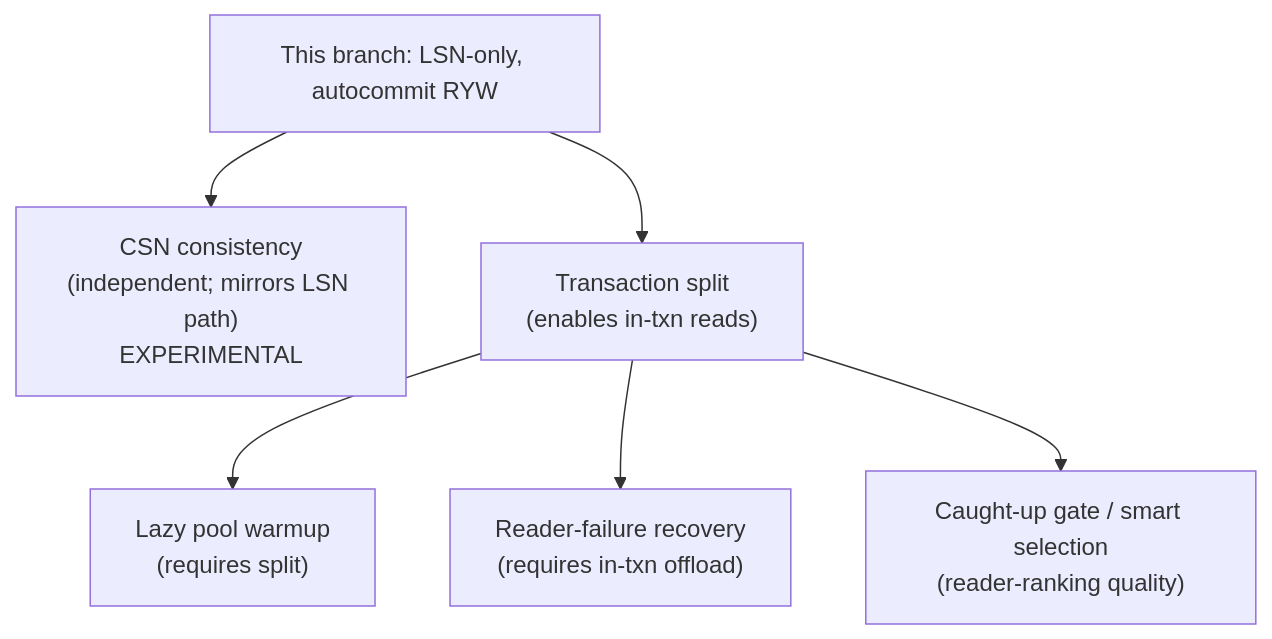
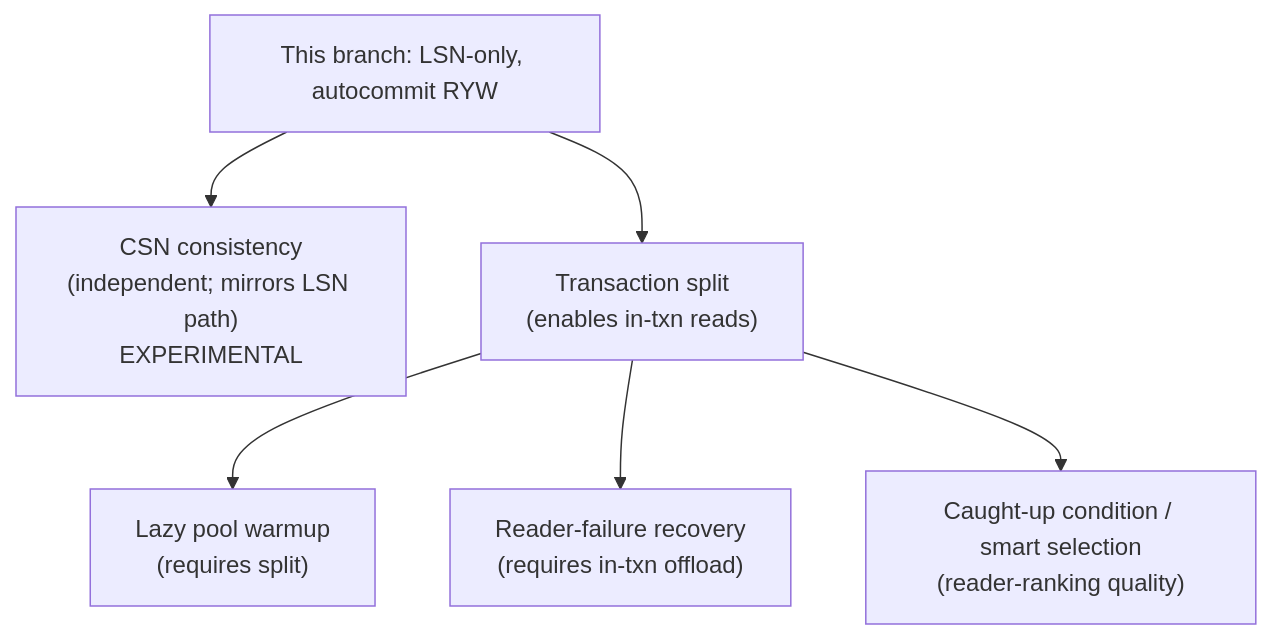
One commit to awide-labs/polar-proxy changed the second of 3 diagrams in doc/polardb-arch/15-LIMITATIONS-AND-ROADMAP.md. Above: the diagram before and after it, drawn with Mermaid. The commit also changed other lines of this file and 21 other files, not shown here.

````diff
--- a/doc/polardb-arch/15-LIMITATIONS-AND-ROADMAP.md
+++ b/doc/polardb-arch/15-LIMITATIONS-AND-ROADMAP.md
@@ -481,14 +482,14 @@
 ```mermaid
 flowchart TB
   V1["This branch: LSN-only, autocommit RYW"]
   CSNF["CSN consistency<br/>(independent; mirrors LSN path)<br/>EXPERIMENTAL"]
   SPLITF["Transaction split<br/>(enables in-txn reads)"]
   WARM["Lazy pool warmup<br/>(requires split)"]
   FAILF["Reader-failure recovery<br/>(requires in-txn offload)"]
-  RANK["Caught-up gate / smart selection<br/>(reader-ranking quality)"]
+  RANK["Caught-up condition / smart selection<br/>(reader-ranking quality)"]
   V1 --> CSNF
   V1 --> SPLITF
   SPLITF --> WARM
   SPLITF --> FAILF
   SPLITF --> RANK
 ```
````
